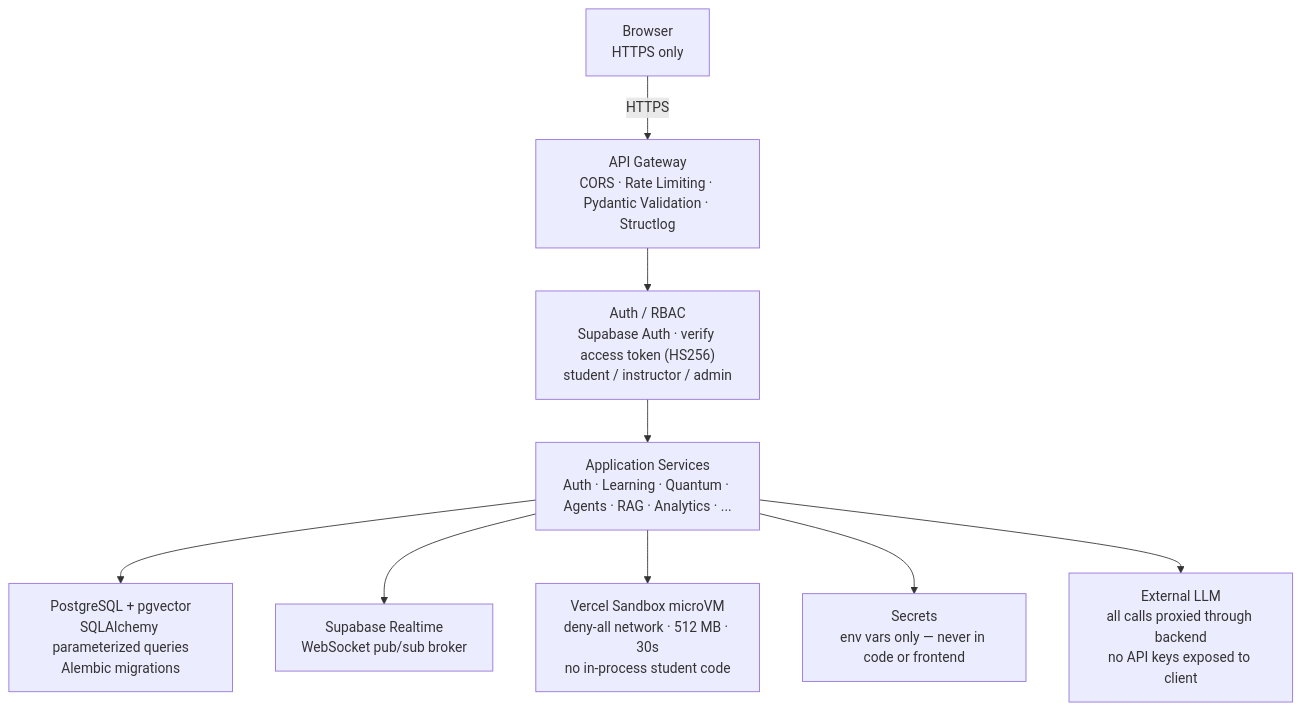
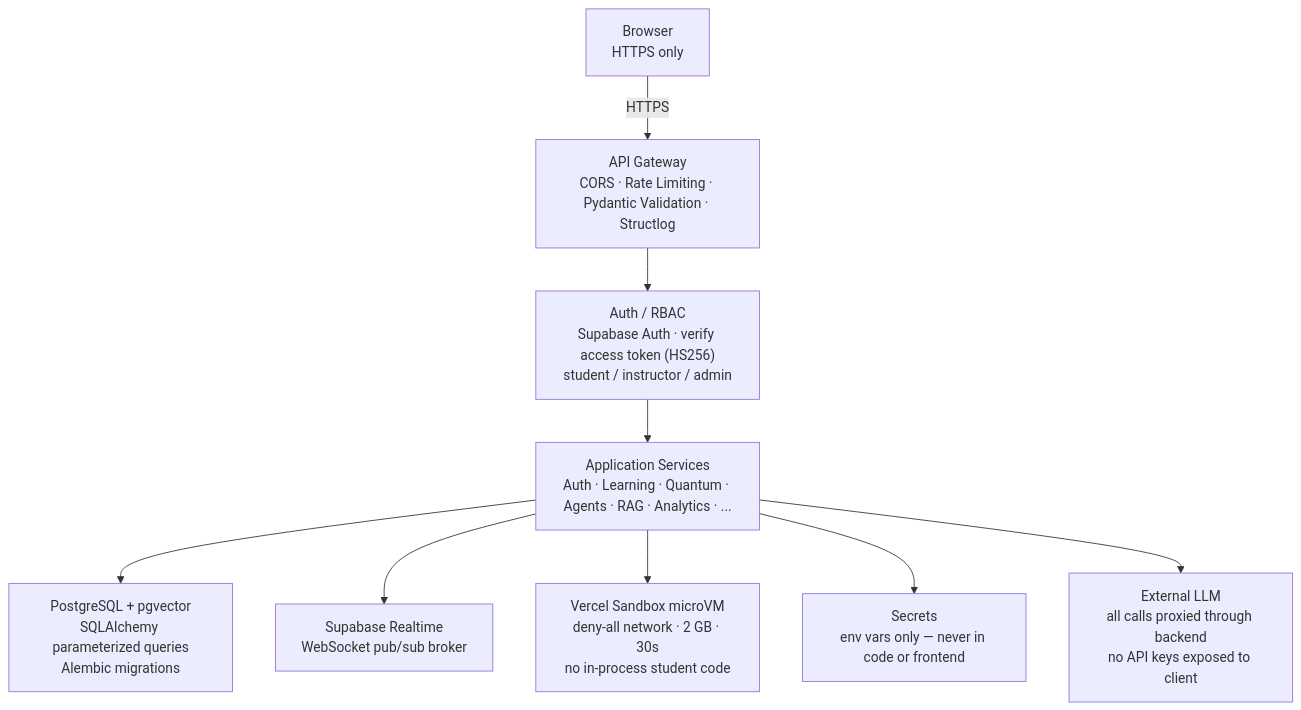
Before and after one commit to qphase-ai/Q-Learn: the diagram in docs/security.md, drawn with Mermaid. The commit also changed other lines of this file and 10 other files, not shown here.

First line of the commit message:
fix(sandbox): raise sandbox memory to Vercel's 2048 MB minimum

````diff
--- a/docs/security.md
+++ b/docs/security.md
@@ -7,21 +7,21 @@
 ```mermaid
 flowchart TD
     Browser["Browser\nHTTPS only"]
     GW["API Gateway\nCORS · Rate Limiting · Pydantic Validation · Structlog"]
     AUTH["Auth / RBAC\nSupabase Auth · verify access token (HS256)\nstudent / instructor / admin"]
     SVC["Application Services\nAuth · Learning · Quantum · Agents · RAG · Analytics · ..."]
     PG["PostgreSQL + pgvector\nSQLAlchemy parameterized queries\nAlembic migrations"]
     RT["Supabase Realtime\nWebSocket pub/sub broker"]
-    VSBOX["Vercel Sandbox microVM\ndeny-all network · 512 MB · 30s\nno in-process student code"]
+    VSBOX["Vercel Sandbox microVM\ndeny-all network · 2 GB · 30s\nno in-process student code"]
     SECRETS["Secrets\nenv vars only — never in code or frontend"]
     LLM["External LLM\nall calls proxied through backend\nno API keys exposed to client"]
 
     Browser -->|HTTPS| GW
     GW --> AUTH
     AUTH --> SVC
     SVC --> PG
     SVC --> RT
     SVC --> VSBOX
     SVC --> SECRETS
     SVC --> LLM
 ```
````
